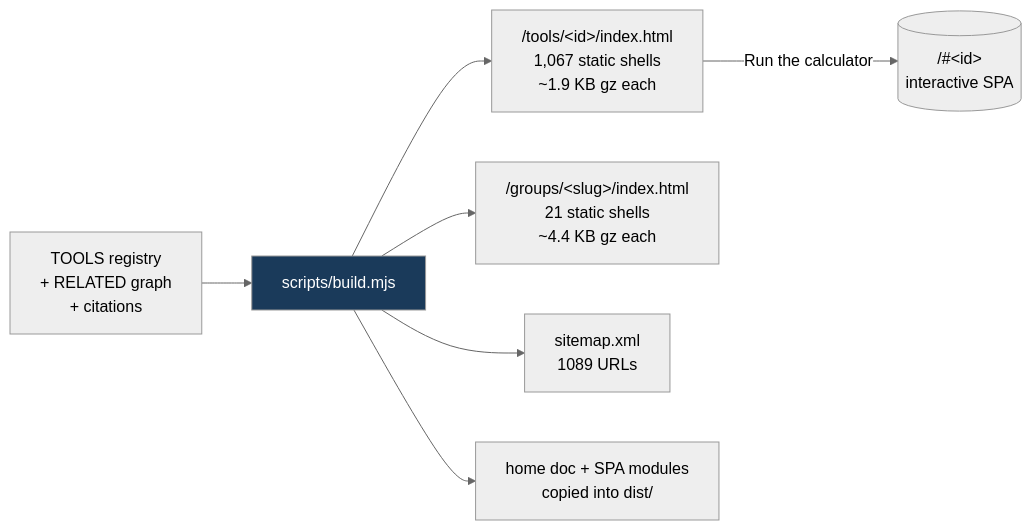
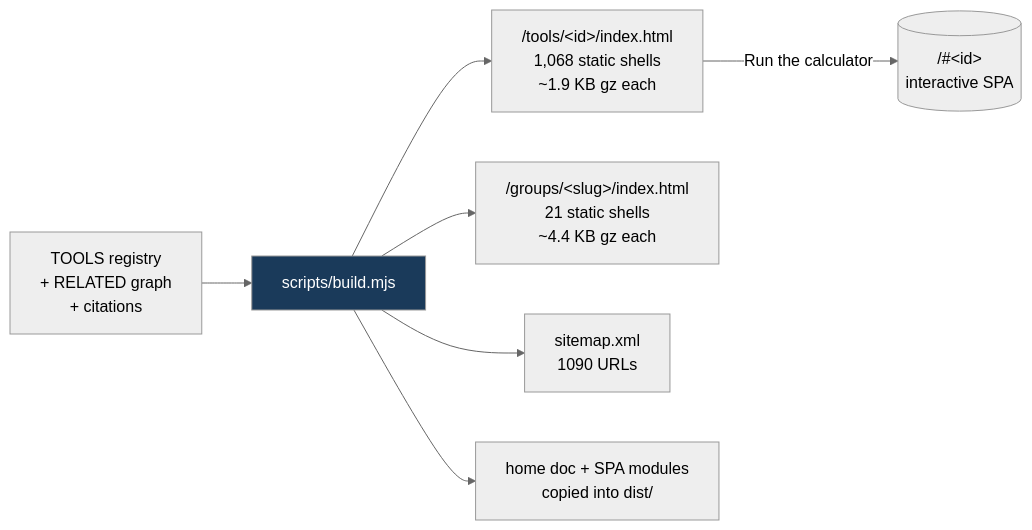
The fifth of 8 diagrams in README.md (clay-good/roughlogic.com), drawn with Mermaid (neutral theme) before and after one commit. The commit also changed other lines of this file and 14 other files, not shown here.

````diff
--- a/README.md
+++ b/README.md
@@ -495,10 +495,10 @@
 ```mermaid
 flowchart LR
     SRC[TOOLS registry\n+ RELATED graph\n+ citations] --> BUILD[scripts/build.mjs]
-    BUILD --> TILE["/tools/&lt;id&gt;/index.html\n1,067 static shells\n~1.9 KB gz each"]
+    BUILD --> TILE["/tools/&lt;id&gt;/index.html\n1,068 static shells\n~1.9 KB gz each"]
     BUILD --> GROUP["/groups/&lt;slug&gt;/index.html\n21 static shells\n~4.4 KB gz each"]
-    BUILD --> MAP["sitemap.xml\n1089 URLs"]
+    BUILD --> MAP["sitemap.xml\n1090 URLs"]
     BUILD --> COPY[home doc + SPA modules\ncopied into dist/]
     TILE -->|Run the calculator| SPA[("/#&lt;id&gt;\ninteractive SPA")]
     style BUILD fill:#1a3a5a,color:#fff
 ```
````
